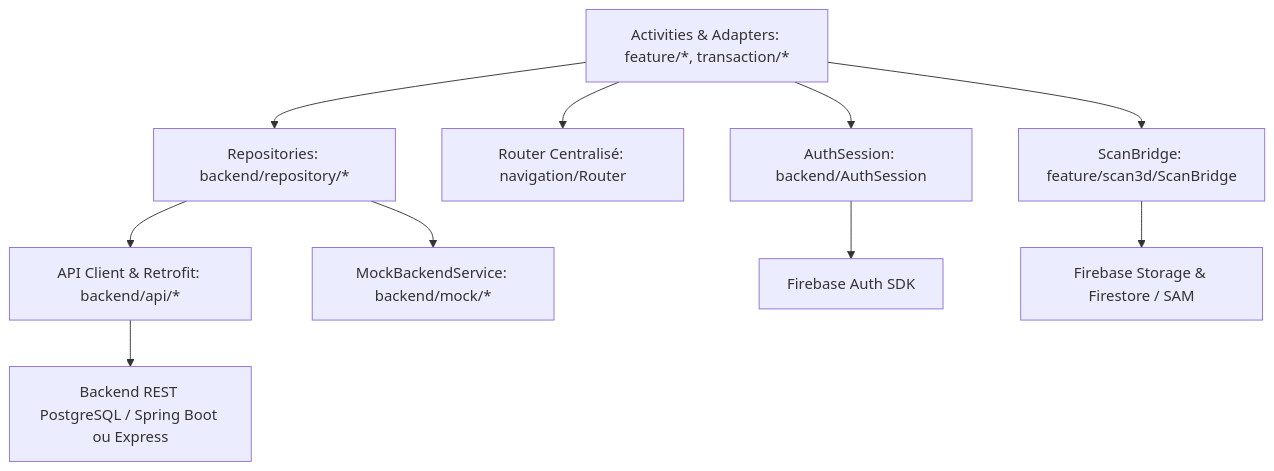
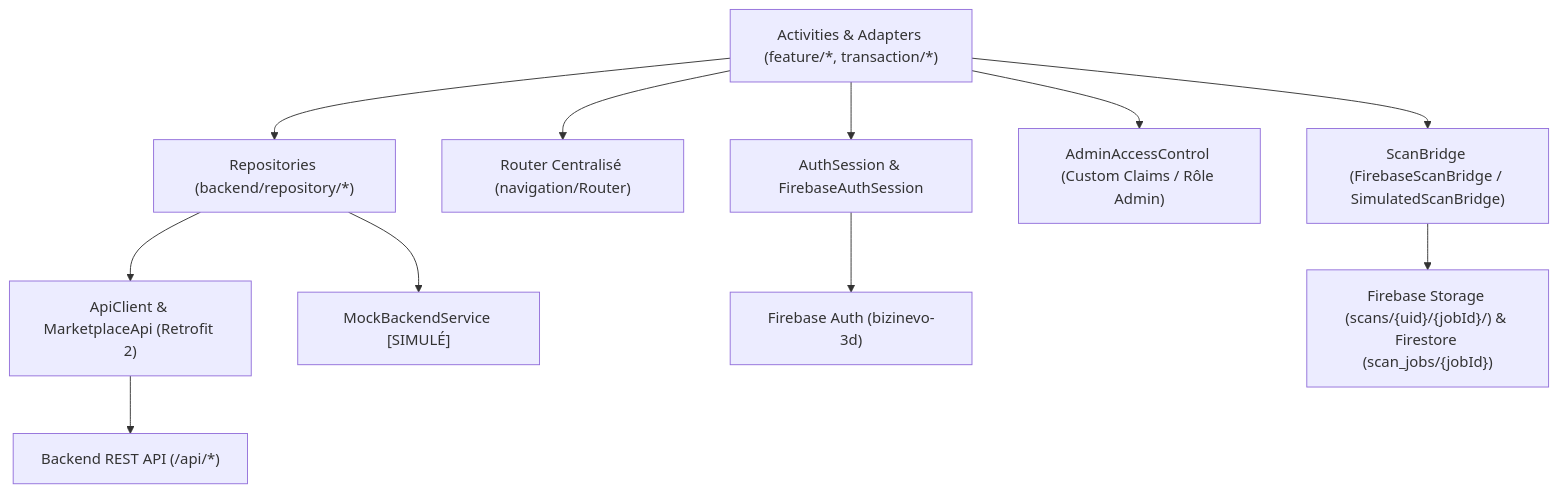
Before and after one commit to NathanMidev/E-Commerce-multiplateforme: the diagram in docs/ARCHITECTURE.md, drawn with Mermaid. The commit also changed other lines of this file and 52 other files, not shown here.

Commit message:
feat(import1688): integrate complete 1688 purchasing agency service, center bottom nav button, MVola workflow, 6-step tracking, Firebase rules and unit tests

````diff
--- a/docs/ARCHITECTURE.md
+++ b/docs/ARCHITECTURE.md
@@ -7,12 +11,13 @@
 ```mermaid
-graph TD
-    UI[Activities & Adapters: feature/*, transaction/*] --> Repos[Repositories: backend/repository/*]
-    Repos --> Net[API Client & Retrofit: backend/api/*]
-    Repos --> Mock[MockBackendService: backend/mock/*]
-    Net --> REST[Backend REST PostgreSQL / Spring Boot ou Express]
-    UI --> Router[Router Centralisé: navigation/Router]
-    UI --> AuthSession[AuthSession: backend/AuthSession]
-    AuthSession --> FBAuth[Firebase Auth SDK]
-    UI --> ScanBridge[ScanBridge: feature/scan3d/ScanBridge]
-    ScanBridge --> FBStorage[Firebase Storage & Firestore / SAM]
+flowchart TD
+    UI["Activities & Adapters (feature/*, transaction/*)"] --> Repos["Repositories (backend/repository/*)"]
+    Repos --> Net["ApiClient & MarketplaceApi (Retrofit 2)"]
+    Repos --> Mock["MockBackendService [SIMULÉ]"]
+    Net --> REST["Backend REST API (/api/*)"]
+    UI --> Router["Router Centralisé (navigation/Router)"]
+    UI --> AuthSession["AuthSession & FirebaseAuthSession"]
+    AuthSession --> FBAuth["Firebase Auth (bizinevo-3d)"]
+    UI --> AdminCheck["AdminAccessControl (Custom Claims / Rôle Admin)"]
+    UI --> ScanBridge["ScanBridge (FirebaseScanBridge / SimulatedScanBridge)"]
+    ScanBridge --> FBStorage["Firebase Storage (scans/{uid}/{jobId}/) & Firestore (scan_jobs/{jobId})"]
 ```
````
